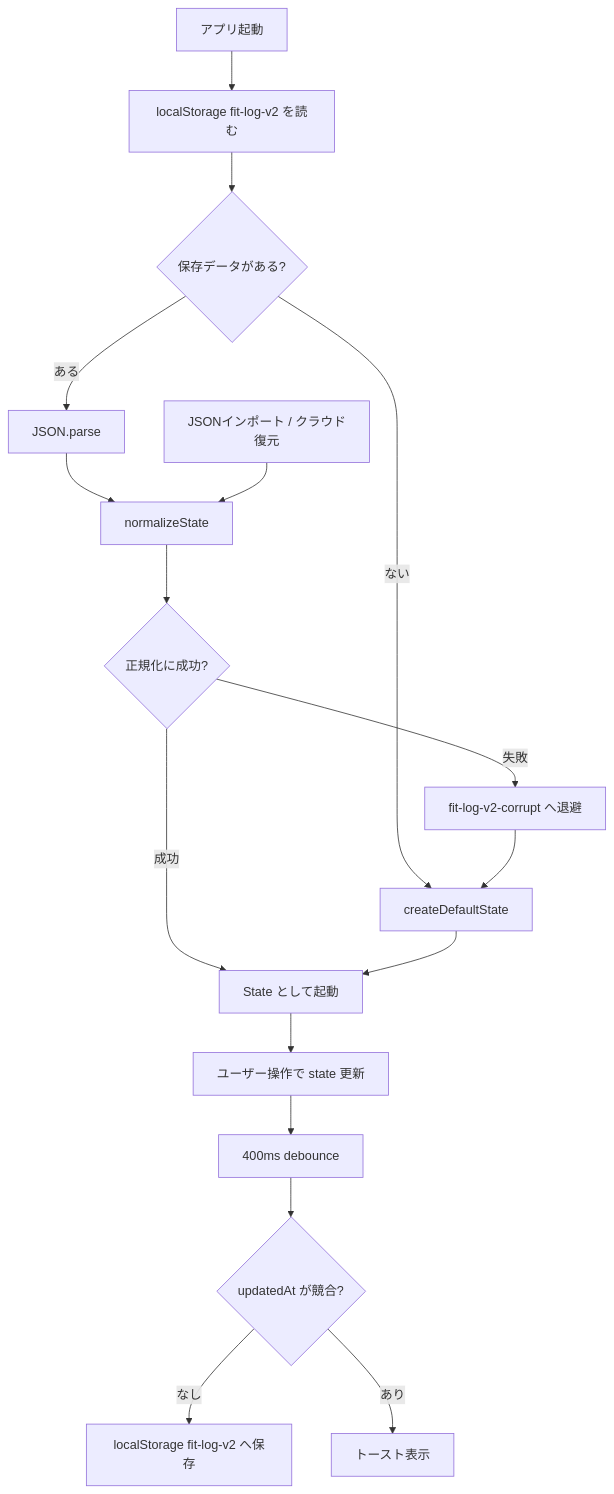
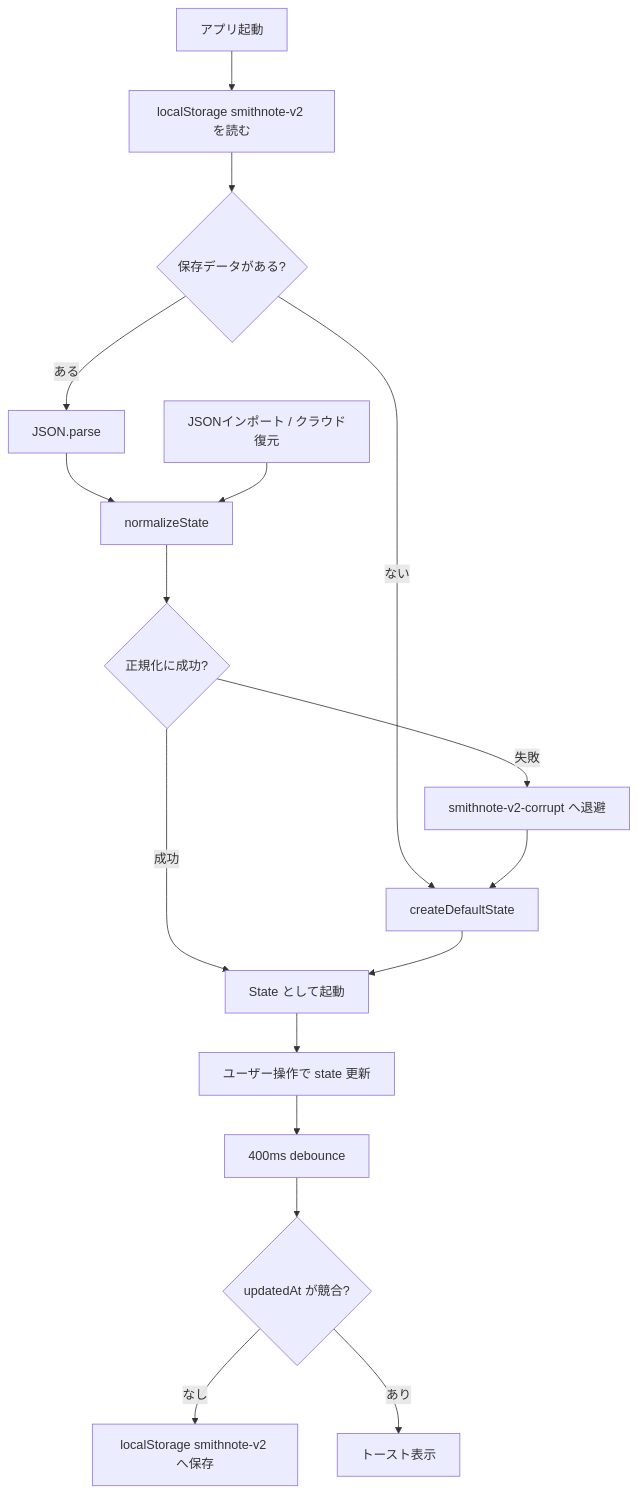
Before and after one commit to ohgiwk/FitLog: the third of 4 diagrams in docs/specification.md, drawn with Mermaid. The commit also changed other lines of this file and 73 other files, not shown here.

````diff
--- a/docs/specification.md
+++ b/docs/specification.md
@@ -502,35 +503,35 @@
 ```mermaid
 flowchart TD
   start["アプリ起動"]
-  read["localStorage fit-log-v2 を読む"]
+  read["localStorage smithnote-v2 を読む"]
   exists{"保存データがある?"}
   parse["JSON.parse"]
   normalize["normalizeState"]
   valid{"正規化に成功?"}
   defaultState["createDefaultState"]
-  corrupt["fit-log-v2-corrupt へ退避"]
+  corrupt["smithnote-v2-corrupt へ退避"]
   appState["State として起動"]
   change["ユーザー操作で state 更新"]
   debounce["400ms debounce"]
   conflict{"updatedAt が競合?"}
-  save["localStorage fit-log-v2 へ保存"]
+  save["localStorage smithnote-v2 へ保存"]
   toast["トースト表示"]
   import["JSONインポート / クラウド復元"]
 
   start --> read
   read --> exists
   exists -- "ない" --> defaultState
   exists -- "ある" --> parse
   parse --> normalize
   normalize --> valid
   valid -- "成功" --> appState
   valid -- "失敗" --> corrupt
   corrupt --> defaultState
   defaultState --> appState
   appState --> change
   change --> debounce
   debounce --> conflict
   conflict -- "なし" --> save
   conflict -- "あり" --> toast
   import --> normalize
 ```
````
